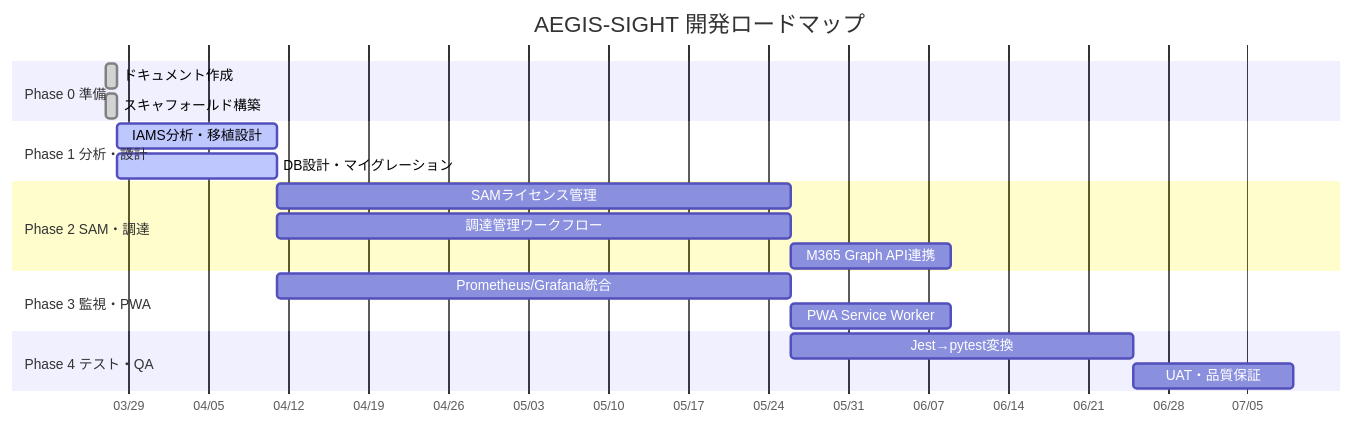
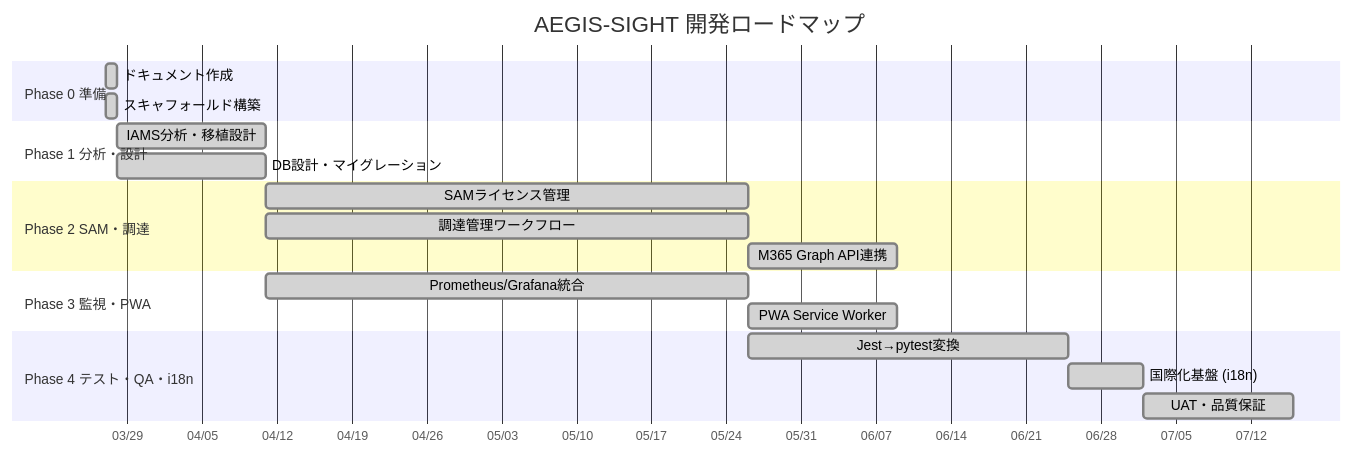
Before and after one commit to Kensan196948G/AEGIS-SIGHT: the second of 3 diagrams in README.md, drawn with Mermaid. The commit also changed other lines of this file and 6 other files, not shown here.

````diff
--- a/README.md
+++ b/README.md
@@ -252,27 +254,28 @@
 ```mermaid
 gantt
     title AEGIS-SIGHT 開発ロードマップ
     dateFormat  YYYY-MM-DD
     axisFormat  %m/%d
 
     section Phase 0 準備
     ドキュメント作成           :done, p0a, 2026-03-27, 1d
     スキャフォールド構築       :done, p0b, 2026-03-27, 1d
 
     section Phase 1 分析・設計
-    IAMS分析・移植設計         :active, p1a, 2026-03-28, 14d
-    DB設計・マイグレーション   :active, p1b, 2026-03-28, 14d
+    IAMS分析・移植設計         :done, p1a, 2026-03-28, 14d
+    DB設計・マイグレーション   :done, p1b, 2026-03-28, 14d
 
     section Phase 2 SAM・調達
-    SAMライセンス管理          :p2a, after p1a, 45d
-    調達管理ワークフロー       :p2b, after p1a, 45d
-    M365 Graph API連携         :p2c, after p2a, 14d
+    SAMライセンス管理          :done, p2a, after p1a, 45d
+    調達管理ワークフロー       :done, p2b, after p1a, 45d
+    M365 Graph API連携         :done, p2c, after p2a, 14d
 
     section Phase 3 監視・PWA
-    Prometheus/Grafana統合      :p3a, after p1a, 45d
-    PWA Service Worker          :p3b, after p3a, 14d
+    Prometheus/Grafana統合      :done, p3a, after p1a, 45d
+    PWA Service Worker          :done, p3b, after p3a, 14d
 
-    section Phase 4 テスト・QA
-    Jest→pytest変換            :p4a, after p2a, 30d
-    UAT・品質保証              :p4b, after p4a, 14d
+    section Phase 4 テスト・QA・i18n
+    Jest→pytest変換            :done, p4a, after p2a, 30d
+    国際化基盤 (i18n)           :done, p4c, after p4a, 7d
+    UAT・品質保証              :done, p4b, after p4c, 14d
 ```
````
